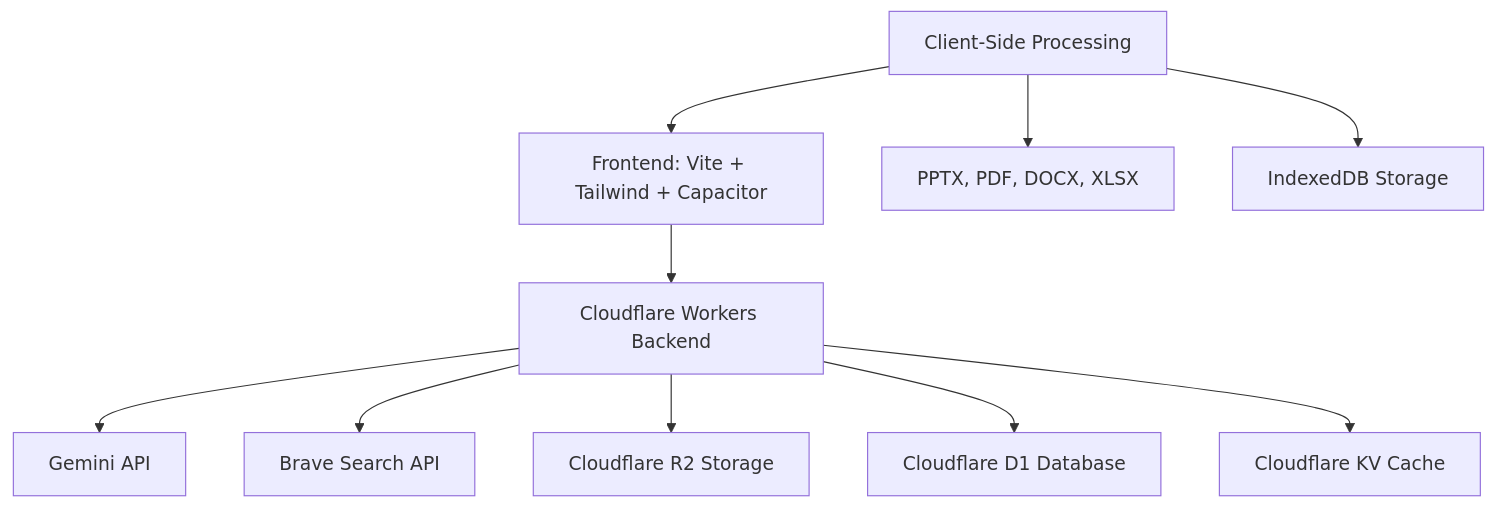
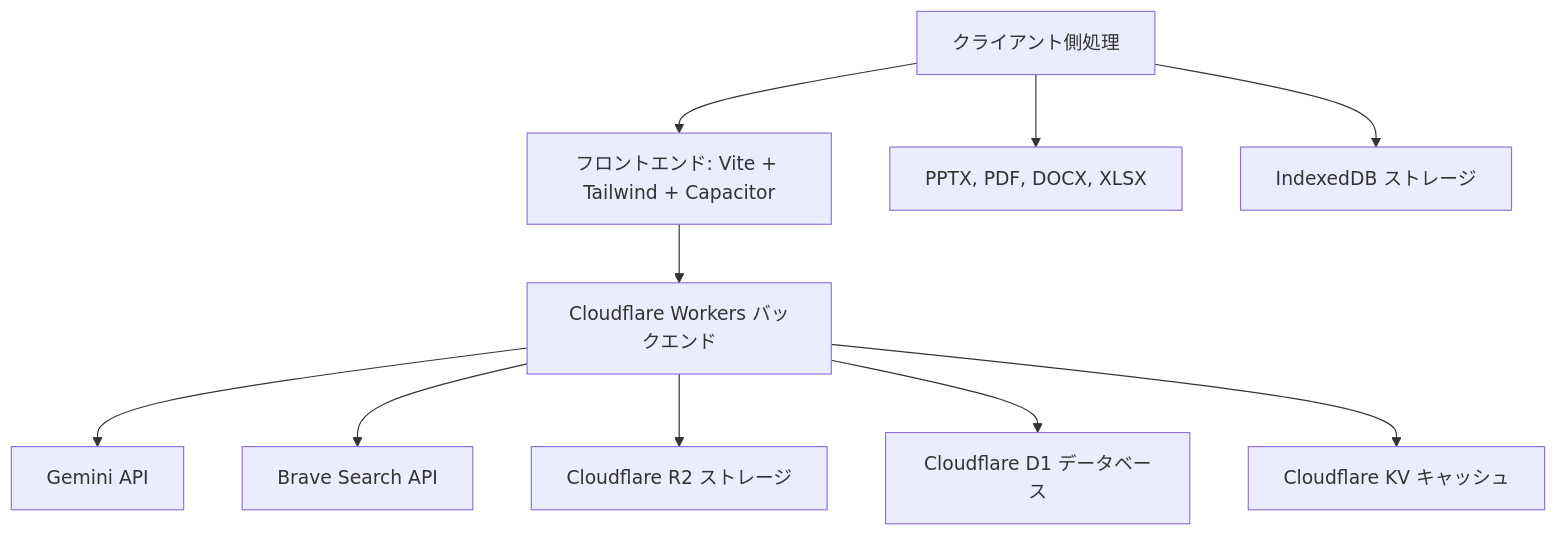
Before and after one commit to PandaSI-Labs/littleaibox: the diagram in README.ja.md, drawn with Mermaid. The commit also changed 2 other files, not shown here.

Commit message:
Commit: Add Readme.md

````diff
--- a/README.ja.md
+++ b/README.ja.md
@@ -114,12 +114,12 @@
 ```mermaid
 graph TD
-    A[Frontend: Vite + Tailwind + Capacitor] --> B[Cloudflare Workers Backend]
+    A[フロントエンド: Vite + Tailwind + Capacitor] --> B[Cloudflare Workers バックエンド]
     B --> C[Gemini API]
     B --> D[Brave Search API]
-    B --> E[Cloudflare R2 Storage]
-    B --> F[Cloudflare D1 Database]
-    B --> G[Cloudflare KV Cache]
-    H[Client-Side Processing] --> A
+    B --> E[Cloudflare R2 ストレージ]
+    B --> F[Cloudflare D1 データベース]
+    B --> G[Cloudflare KV キャッシュ]
+    H[クライアント側処理] --> A
     H --> I[PPTX, PDF, DOCX, XLSX]
-    H --> J[IndexedDB Storage]
+    H --> J[IndexedDB ストレージ]
 ```
````
